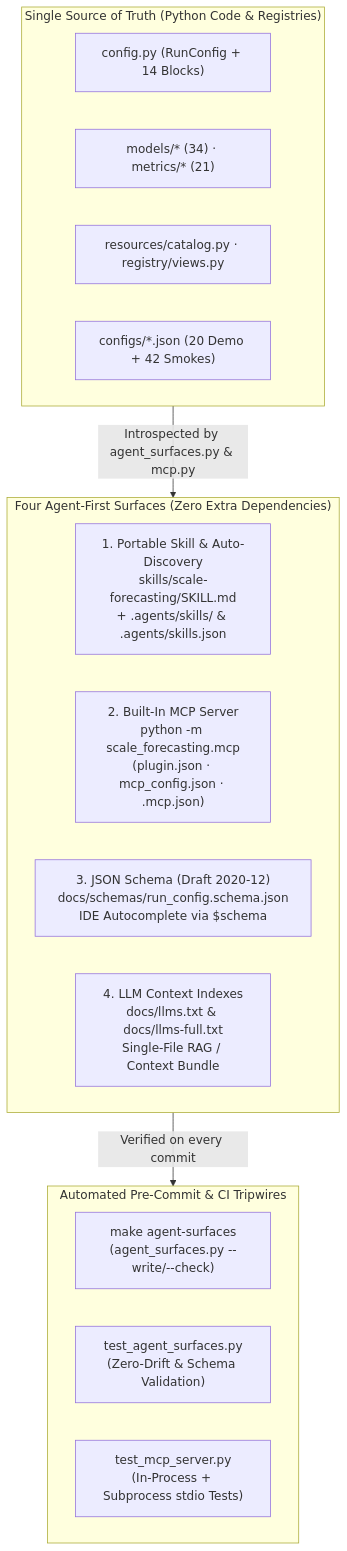
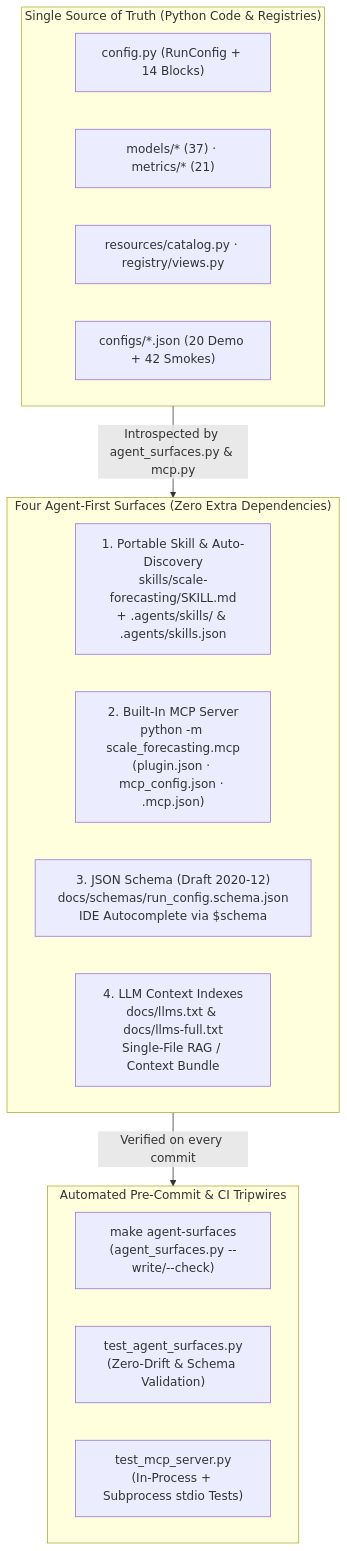
Before and after one commit to statmike/scale-forecasting: the diagram in docs/agent_and_mcp_guide.md, drawn with Mermaid. The commit also changed other lines of this file and 70 other files, not shown here.

````diff
--- a/docs/agent_and_mcp_guide.md
+++ b/docs/agent_and_mcp_guide.md
@@ -5,28 +5,28 @@
 ```mermaid
 flowchart TB
     subgraph Truth["Single Source of Truth (Python Code & Registries)"]
         direction LR
         T1["config.py (RunConfig + 14 Blocks)"]
-        T2["models/* (34) · metrics/* (21)"]
+        T2["models/* (37) · metrics/* (21)"]
         T3["resources/catalog.py · registry/views.py"]
         T4["configs/*.json (20 Demo + 42 Smokes)"]
     end
 
     subgraph Surfaces["Four Agent-First Surfaces (Zero Extra Dependencies)"]
         direction LR
         S1["1. Portable Skill & Auto-Discovery<br/>skills/scale-forecasting/SKILL.md<br/>+ .agents/skills/ & .agents/skills.json"]
         S2["2. Built-In MCP Server<br/>python -m scale_forecasting.mcp<br/>(plugin.json · mcp_config.json · .mcp.json)"]
         S3["3. JSON Schema (Draft 2020-12)<br/>docs/schemas/run_config.schema.json<br/>IDE Autocomplete via $schema"]
         S4["4. LLM Context Indexes<br/>docs/llms.txt & docs/llms-full.txt<br/>Single-File RAG / Context Bundle"]
     end
 
     subgraph Guard["Automated Pre-Commit & CI Tripwires"]
         direction LR
         G1["make agent-surfaces<br/>(agent_surfaces.py --write/--check)"]
         G2["test_agent_surfaces.py<br/>(Zero-Drift & Schema Validation)"]
         G3["test_mcp_server.py<br/>(In-Process + Subprocess stdio Tests)"]
     end
 
     Truth -->|"Introspected by agent_surfaces.py & mcp.py"| Surfaces
     Surfaces -->|"Verified on every commit"| Guard
 ```
````
